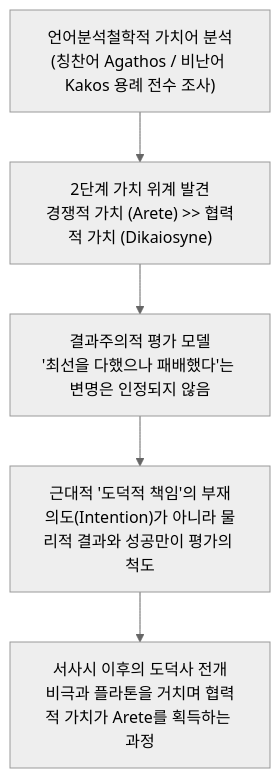
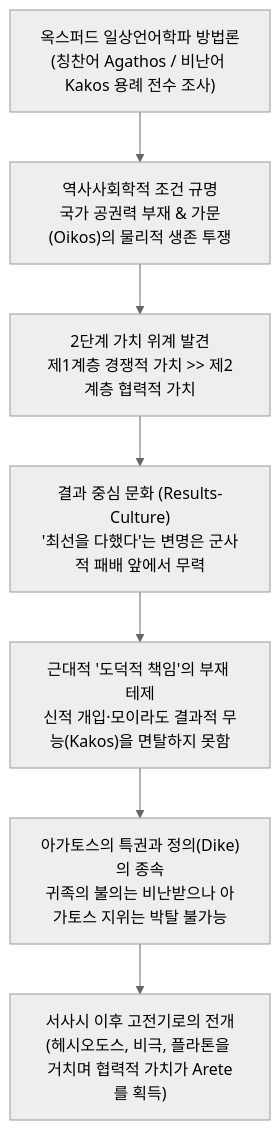
Before and after one commit to YgHnSIM/Homer_wiki: the diagram in wiki/sources/adkins-1960-merit-and-responsibility.md, drawn with Mermaid (neutral theme). The commit also changed other lines of this file and 8 other files, not shown here.

````diff
--- a/wiki/sources/adkins-1960-merit-and-responsibility.md
+++ b/wiki/sources/adkins-1960-merit-and-responsibility.md
@@ -51,7 +80,9 @@
 ```mermaid
 graph TD
-    A["언어분석철학적 가치어 분석<br/>(칭찬어 Agathos / 비난어 Kakos 용례 전수 조사)"] --> B["2단계 가치 위계 발견<br/>경쟁적 가치 (Arete) >> 협력적 가치 (Dikaiosyne)"]
-    B --> C["결과주의적 평가 모델<br/>'최선을 다했으나 패배했다'는 변명은 인정되지 않음"]
-    C --> D["근대적 '도덕적 책임'의 부재<br/>의도(Intention)가 아니라 물리적 결과와 성공만이 평가의 척도"]
-    D --> E["서사시 이후의 도덕사 전개<br/>비극과 플라톤을 거치며 협력적 가치가 Arete를 획득하는 과정"]
+    A["옥스퍼드 일상언어학파 방법론<br/>(칭찬어 Agathos / 비난어 Kakos 용례 전수 조사)"] --> B["역사사회학적 조건 규명<br/>국가 공권력 부재 & 가문(Oikos)의 물리적 생존 투쟁"]
+    B --> C["2단계 가치 위계 발견<br/>제1계층 경쟁적 가치 >> 제2계층 협력적 가치"]
+    C --> D["결과 중심 문화 (Results-Culture)<br/>'최선을 다했다'는 변명은 군사적 패배 앞에서 무력"]
+    D --> E["근대적 '도덕적 책임'의 부재 테제<br/>신적 개입·모이라도 결과적 무능(Kakos)을 면탈하지 못함"]
+    E --> F["아가토스의 특권과 정의(Dike)의 종속<br/>귀족의 불의는 비난받으나 아가토스 지위는 박탈 불가능"]
+    F --> G["서사시 이후 고전기로의 전개<br/>(헤시오도스, 비극, 플라톤을 거치며 협력적 가치가 Arete를 획득)"]
 ```
````
